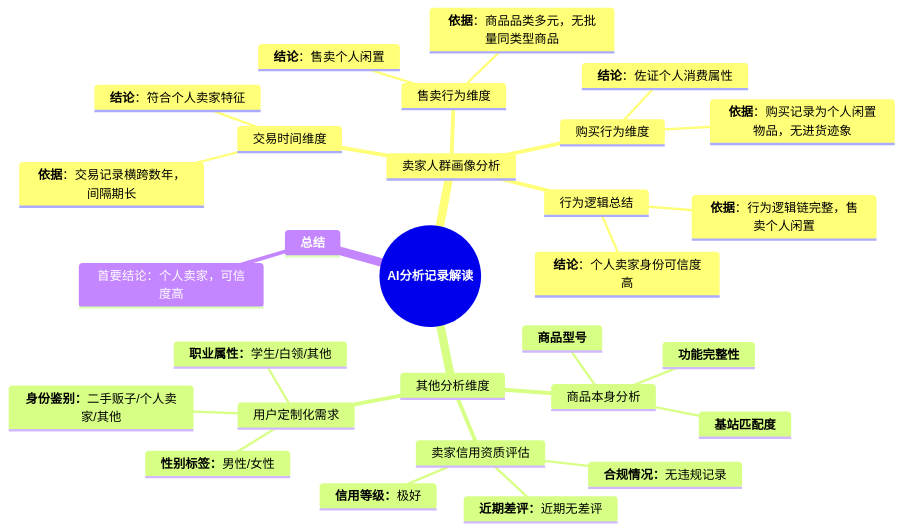
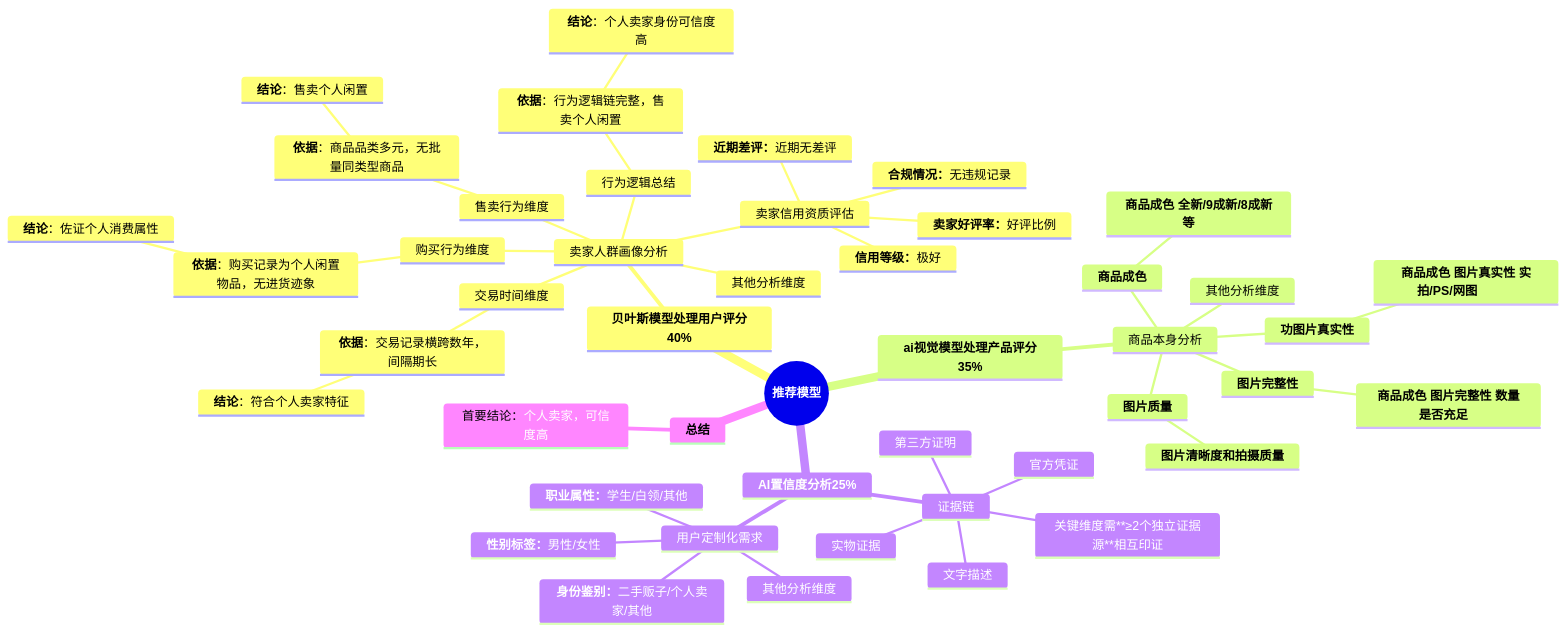
One commit to banbanzhige/ai-goofish-monitor-QB changed the second of 3 diagrams in README.md. Above: the diagram before and after it, drawn with Mermaid. The commit also changed other lines of this file and 10 other files, not shown here.

````diff
--- a/README.md
+++ b/README.md
@@ -305,32 +339,50 @@
 ```mermaid
 mindmap
-  root((<b>AI分析记录解读</b>))
-    卖家人群画像分析
-      交易时间维度
-        <b>结论</b>：符合个人卖家特征
-        <b>依据</b>：交易记录横跨数年，间隔期长
-      售卖行为维度
-        <b>结论</b>：售卖个人闲置
-        <b>依据</b>：商品品类多元，无批量同类型商品
-      购买行为维度
-        <b>结论</b>：佐证个人消费属性
-        <b>依据</b>：购买记录为个人闲置物品，无进货迹象
-      行为逻辑总结
-        <b>结论</b>：个人卖家身份可信度高
-        <b>依据</b>：行为逻辑链完整，售卖个人闲置
-    其他分析维度
+  root((<b>推荐模型</b>))
+    <b>贝叶斯模型处理用户评分40%</b>
+      卖家人群画像分析
+        交易时间维度
+          <b>依据</b>：交易记录横跨数年，间隔期长
+            <b>结论</b>：符合个人卖家特征
+        售卖行为维度
+          <b>依据</b>：商品品类多元，无批量同类型商品
+            <b>结论</b>：售卖个人闲置
+        购买行为维度
+          <b>依据</b>：购买记录为个人闲置物品，无进货迹象
+            <b>结论</b>：佐证个人消费属性
+        行为逻辑总结
+          <b>依据</b>：行为逻辑链完整，售卖个人闲置
+            <b>结论</b>：个人卖家身份可信度高
+        卖家信用资质评估
+          <b>信用等级：</b>极好
+          <b>合规情况：</b>无违规记录
+          <b>近期差评：</b>近期无差评
+          <b>卖家好评率：</b>好评比例        
+       其他分析维度
+    <b>ai视觉模型处理产品评分35%</b>
       商品本身分析
-        <b>商品型号</b>
-        <b>基站匹配度</b>
-        <b>功能完整性</b>
-      卖家信用资质评估
-        <b>信用等级：</b>极好
-        <b>合规情况：</b>无违规记录
-        <b>近期差评：</b>近期无差评
+        <b>图片质量</b>
+          <b>图片清晰度和拍摄质量</b>        
+        <b>商品成色</b>
+          <b>商品成色 全新/9成新/8成新等</b>      
+        <b>功图片真实性</b>
+          <b>商品成色 图片真实性 实拍/PS/网图</b>           
+        <b>图片完整性</b>       
+          <b>商品成色 图片完整性 数量是否充足</b>   
+       其他分析维度          
+    <b>AI置信度分析25%</b>
+      证据链
+        官方凭证
+        实物证据
+        第三方证明
+        文字描述
+        关键维度需**≥2个独立证据源**相互印证
+
       用户定制化需求
         <b>身份鉴别：</b>二手贩子/个人卖家/其他
         <b>性别标签：</b>男性/女性
         <b>职业属性：</b>学生/白领/其他
+       其他分析维度
     <b>总结</b>
       首要结论：<font color="#ffffffff">个人卖家，可信度高</font>
 ```
````
